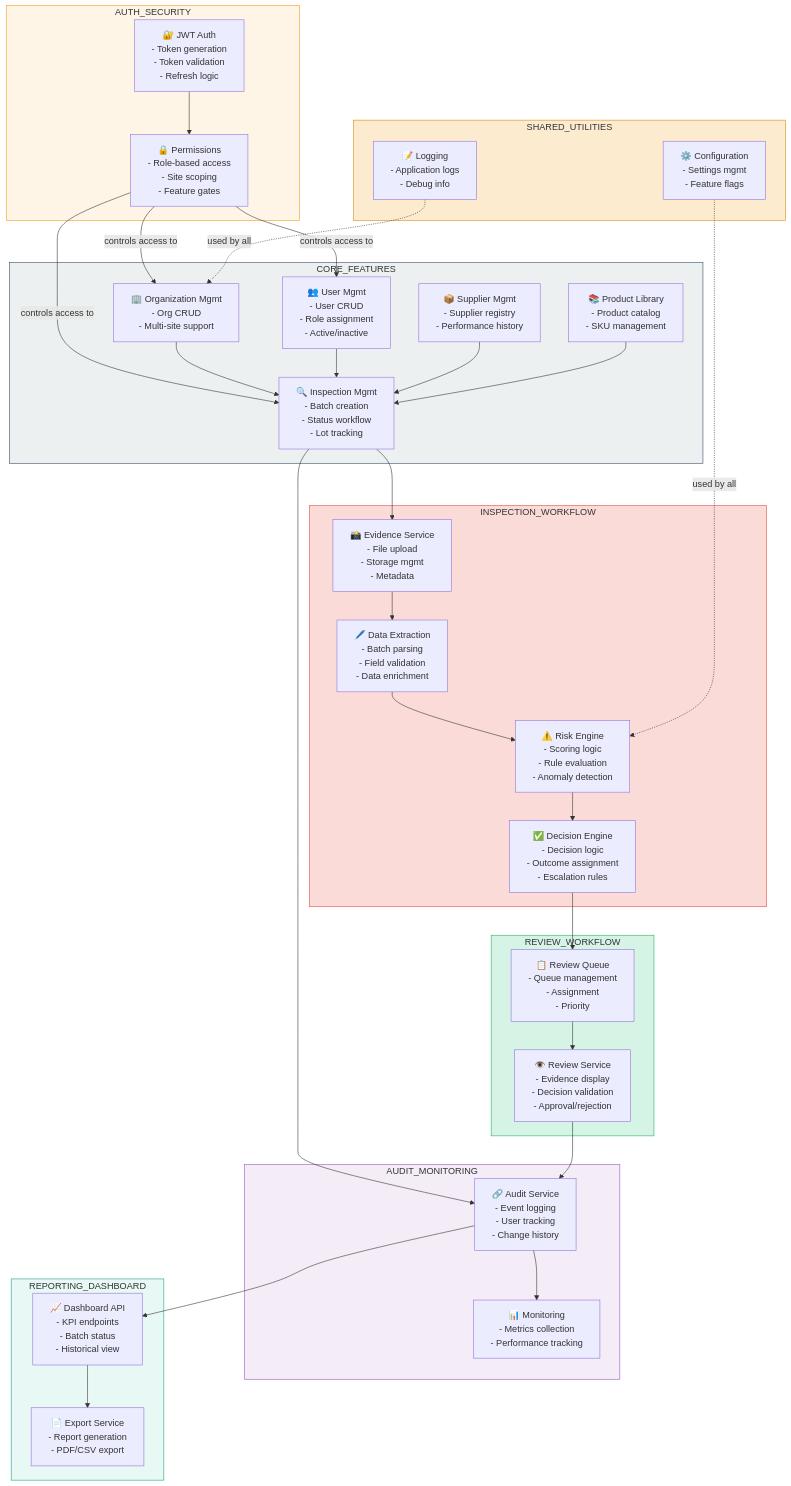
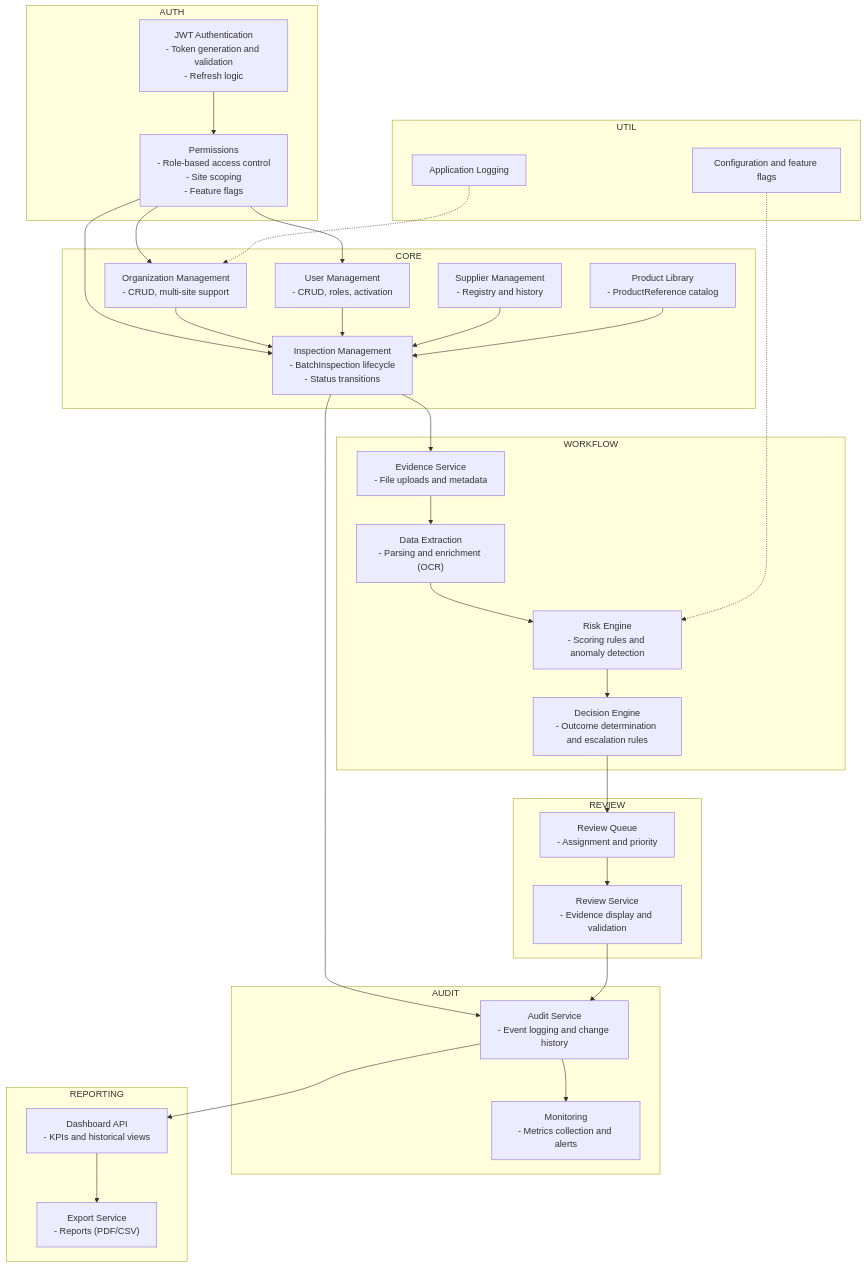
One commit to AbraImani/Authmed_Backend_intern changed the diagram in docs/architecture/c4-component-backend.md. Above: the diagram before and after it, drawn with Mermaid. The commit also changed other lines of this file and 27 other files, not shown here.

Commit message:
docs: remove emojis, translate to English, standardize diagrams and remove color styles

````diff
--- a/docs/architecture/c4-component-backend.md
+++ b/docs/architecture/c4-component-backend.md
@@ -6,79 +7,72 @@
 ```mermaid
 graph TB
-    subgraph "AUTH_SECURITY"
-        JWT["🔐 JWT Auth<br/>- Token generation<br/>- Token validation<br/>- Refresh logic"]
-        Permissions["🔒 Permissions<br/>- Role-based access<br/>- Site scoping<br/>- Feature gates"]
+    subgraph AUTH
+        JWT["JWT Authentication\n- Token generation and validation\n- Refresh logic"]
+        Permissions["Permissions\n- Role-based access control\n- Site scoping\n- Feature flags"]
     end
-    
-    subgraph "CORE_FEATURES"
-        OrgMgmt["🏢 Organization Mgmt<br/>- Org CRUD<br/>- Multi-site support"]
-        UserMgmt["👥 User Mgmt<br/>- User CRUD<br/>- Role assignment<br/>- Active/inactive"]
-        InspectionMgmt["🔍 Inspection Mgmt<br/>- Batch creation<br/>- Status workflow<br/>- Lot tracking"]
-        SupplierMgmt["📦 Supplier Mgmt<br/>- Supplier registry<br/>- Performance history"]
-        ProductLib["📚 Product Library<br/>- Product catalog<br/>- SKU management"]
+
+    subgraph CORE
+        OrgMgmt["Organization Management\n- CRUD, multi-site support"]
+        UserMgmt["User Management\n- CRUD, roles, activation"]
+        InspectionMgmt["Inspection Management\n- BatchInspection lifecycle\n- Status transitions"]
+        SupplierMgmt["Supplier Management\n- Registry and history"]
+        ProductLib["Product Library\n- ProductReference catalog"]
     end
-    
-    subgraph "INSPECTION_WORKFLOW"
-        EvidenceService["📸 Evidence Service<br/>- File upload<br/>- Storage mgmt<br/>- Metadata"]
-        DataExtraction["🖊️ Data Extraction<br/>- Batch parsing<br/>- Field validation<br/>- Data enrichment"]
-        RiskEngine["⚠️ Risk Engine<br/>- Scoring logic<br/>- Rule evaluation<br/>- Anomaly detection"]
-        DecisionEngine["✅ Decision Engine<br/>- Decision logic<br/>- Outcome assignment<br/>- Escalation rules"]
+
+    subgraph WORKFLOW
+        EvidenceService["Evidence Service\n- File uploads and metadata"]
+        DataExtraction["Data Extraction\n- Parsing and enrichment (OCR)"]
+        RiskEngine["Risk Engine\n- Scoring rules and anomaly detection"]
+        DecisionEngine["Decision Engine\n- Outcome determination and escalation rules"]
     end
-    
-    subgraph "REVIEW_WORKFLOW"
-        ReviewQueue["📋 Review Queue<br/>- Queue management<br/>- Assignment<br/>- Priority"]
-        ReviewService["👁️ Review Service<br/>- Evidence display<br/>- Decision validation<br/>- Approval/rejection"]
+
+    subgraph REVIEW
+        ReviewQueue["Review Queue\n- Assignment and priority"]
+        ReviewService["Review Service\n- Evidence display and validation"]
     end
-    
-    subgraph "AUDIT_MONITORING"
-        AuditService["🔗 Audit Service<br/>- Event logging<br/>- User tracking<br/>- Change history"]
-        Monitoring["📊 Monitoring<br/>- Metrics collection<br/>- Performance tracking"]
+
+    subgraph AUDIT
+        AuditService["Audit Service\n- Event logging and change history"]
+        Monitoring["Monitoring\n- Metrics collection and alerts"]
     end
-    
-    subgraph "REPORTING_DASHBOARD"
-        Dashboard["📈 Dashboard API<br/>- KPI endpoints<br/>- Batch status<br/>- Historical view"]
-        Export["📄 Export Service<br/>- Report generation<br/>- PDF/CSV export"]
+
+    subgraph REPORTING
+        Dashboard["Dashboard API\n- KPIs and historical views"]
+        Export["Export Service\n- Reports (PDF/CSV)"]
     end
-    
-    subgraph "SHARED_UTILITIES"
-        Logging["📝 Logging<br/>- Application logs<br/>- Debug info"]
-        Config["⚙️ Configuration<br/>- Settings mgmt<br/>- Feature flags"]
+
+    subgraph UTIL
+        Logging["Application Logging"]
+        Config["Configuration and feature flags"]
     end
-    
+
     JWT --> Permissions
-    Permissions -->|controls access to| OrgMgmt
-    Permissions -->|controls access to| UserMgmt
-    Permissions -->|controls access to| InspectionMgmt
-    
+    Permissions --> OrgMgmt
+    Permissions --> UserMgmt
+    Permissions --> InspectionMgmt
+
     OrgMgmt --> InspectionMgmt
     UserMgmt --> InspectionMgmt
     SupplierMgmt --> InspectionMgmt
     ProductLib --> InspectionMgmt
-    
+
     InspectionMgmt --> EvidenceService
     EvidenceService --> DataExtraction
     DataExtraction --> RiskEngine
     RiskEngine --> DecisionEngine
-    
+
     DecisionEngine --> ReviewQueue
     ReviewQueue --> ReviewService
-    
+
     InspectionMgmt --> AuditService
     ReviewService --> AuditService
-    
+
     AuditService --> Monitoring
     AuditService --> Dashboard
-    
+
     Dashboard --> Export
-    
-    Logging -.->|used by all| OrgMgmt
-    Config -.->|used by all| RiskEngine
-    
-    style AUTH_SECURITY fill:#fef5e7,stroke:#f39c12
-    style CORE_FEATURES fill:#ecf0f1,stroke:#34495e
-    style INSPECTION_WORKFLOW fill:#fadbd8,stroke:#e74c3c
-    style REVIEW_WORKFLOW fill:#d5f4e6,stroke:#27ae60
-    style AUDIT_MONITORING fill:#f4ecf7,stroke:#9b59b6
-    style REPORTING_DASHBOARD fill:#e8f8f5,stroke:#16a085
-    style SHARED_UTILITIES fill:#fdebd0,stroke:#d68910
+
+    Logging -.-> OrgMgmt
+    Config -.-> RiskEngine
+
 ```
````
